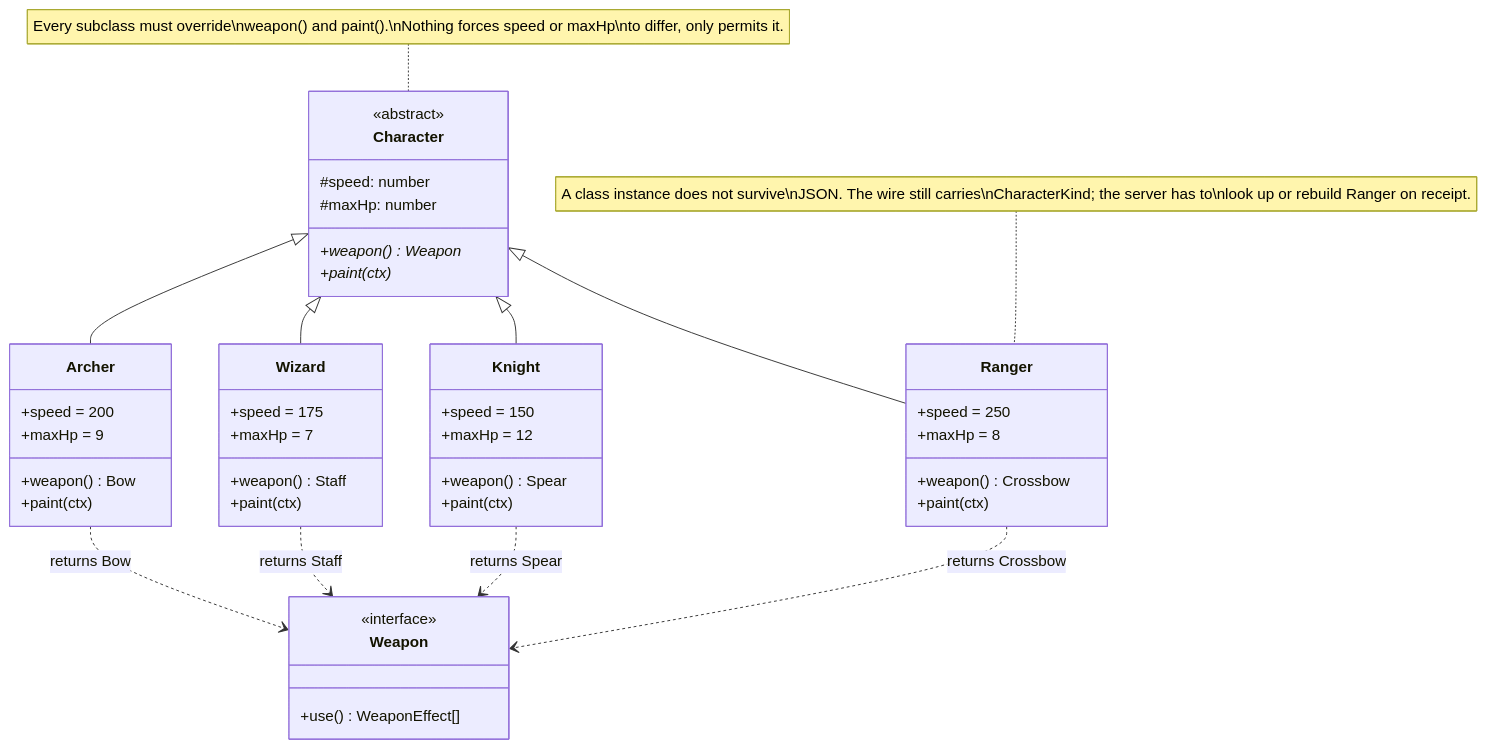
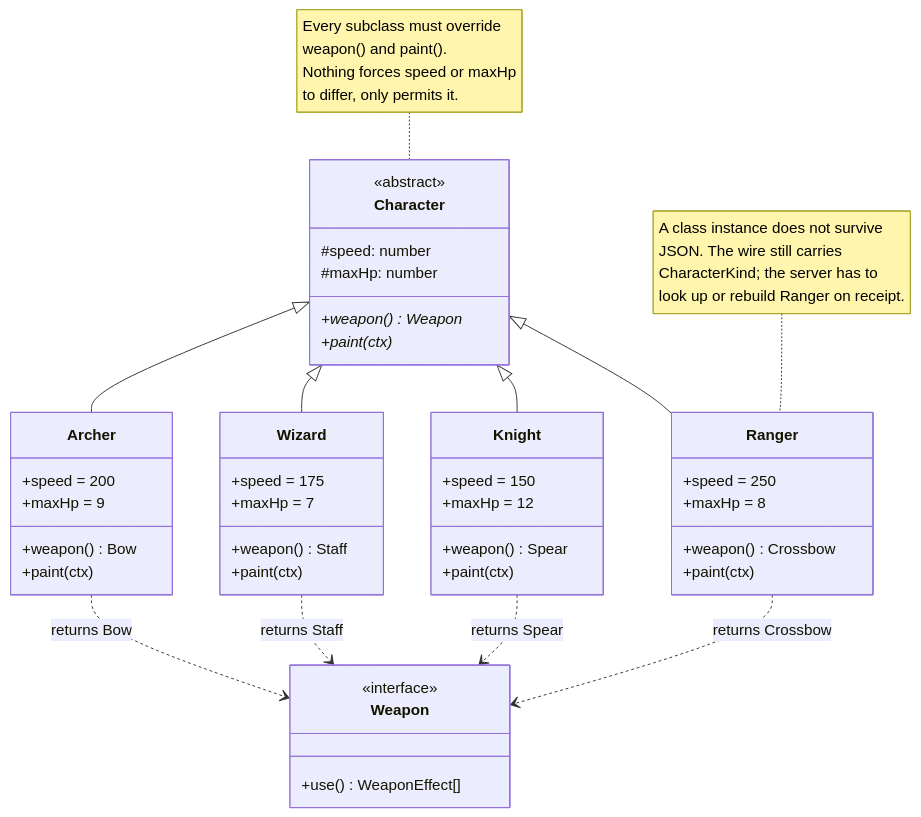
The second of 5 diagrams in docs/design-patterns.md (MrBisonte/crow-archer), drawn with Mermaid before and after one commit. The commit also changed other lines of this file and 2 other files, not shown here.

````diff
--- a/docs/design-patterns.md
+++ b/docs/design-patterns.md
@@ -98,56 +98,56 @@
 ```mermaid
 classDiagram
     class Character {
         <<abstract>>
         #speed: number
         #maxHp: number
         +weapon()* Weapon
         +paint(ctx)*
     }
 
     class Archer {
         +speed = 200
         +maxHp = 9
         +weapon() Bow
         +paint(ctx)
     }
 
     class Wizard {
         +speed = 175
         +maxHp = 7
         +weapon() Staff
         +paint(ctx)
     }
 
     class Knight {
         +speed = 150
         +maxHp = 12
         +weapon() Spear
         +paint(ctx)
     }
 
     class Ranger {
         +speed = 250
         +maxHp = 8
         +weapon() Crossbow
         +paint(ctx)
     }
 
     class Weapon {
         <<interface>>
         +use() WeaponEffect[]
     }
 
     Character <|-- Archer
     Character <|-- Wizard
     Character <|-- Knight
     Character <|-- Ranger
 
     Archer ..> Weapon : returns Bow
     Wizard ..> Weapon : returns Staff
     Knight ..> Weapon : returns Spear
     Ranger ..> Weapon : returns Crossbow
 
-    note for Character "Every subclass must override\nweapon() and paint().\nNothing forces speed or maxHp\nto differ, only permits it."
-    note for Ranger "A class instance does not survive\nJSON. The wire still carries\nCharacterKind; the server has to\nlook up or rebuild Ranger on receipt."
+    note for Character "Every subclass must override<br>weapon() and paint().<br>Nothing forces speed or maxHp<br>to differ, only permits it."
+    note for Ranger "A class instance does not survive<br>JSON. The wire still carries<br>CharacterKind; the server has to<br>look up or rebuild Ranger on receipt."
 ```
````
